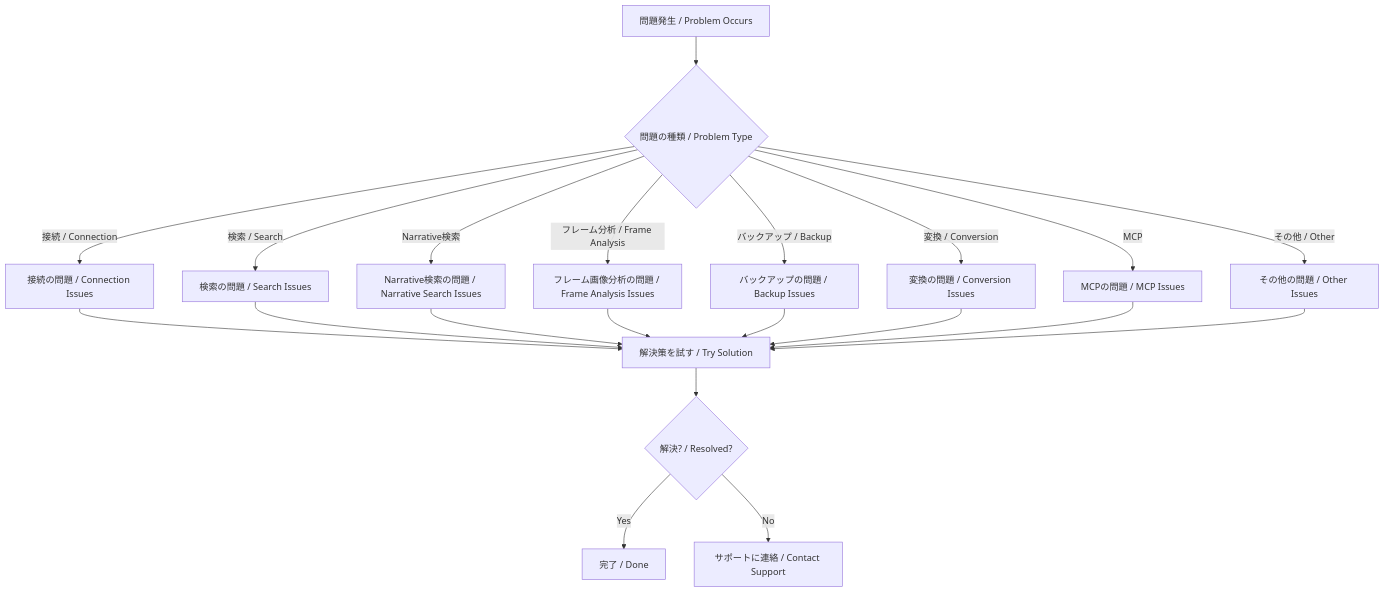
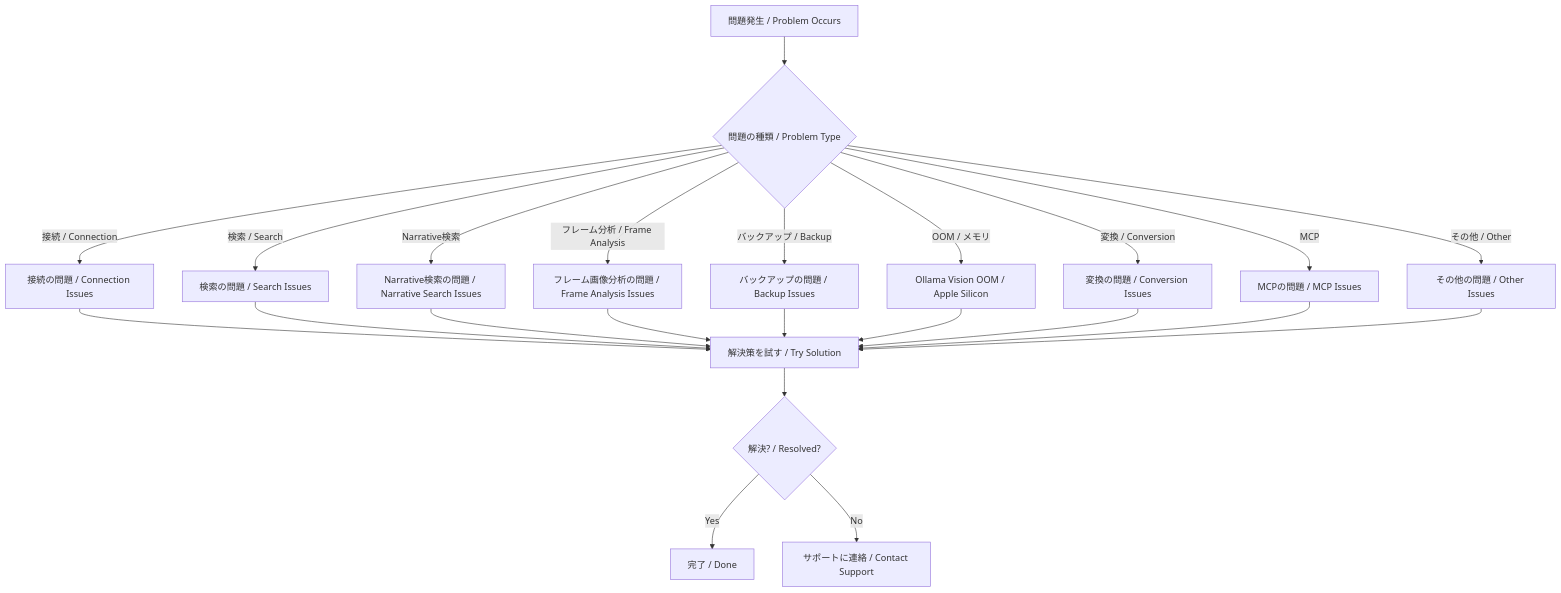
One commit to TKMD/ReftrixMCP changed the first of 3 diagrams in docs/users-guide/04-troubleshooting.md. Above: the diagram before and after it, drawn with Mermaid. The commit also changed other lines of this file and 16 other files, not shown here.

````diff
--- a/docs/users-guide/04-troubleshooting.md
+++ b/docs/users-guide/04-troubleshooting.md
@@ -14,25 +14,27 @@
 ```mermaid
 flowchart TD
     A[問題発生 / Problem Occurs] --> B{問題の種類 / Problem Type}
     B -->|接続 / Connection| C[接続の問題 / Connection Issues]
     B -->|検索 / Search| D[検索の問題 / Search Issues]
     B -->|変換 / Conversion| E[変換の問題 / Conversion Issues]
     B -->|MCP| F[MCPの問題 / MCP Issues]
     B -->|Narrative検索| D2[Narrative検索の問題 / Narrative Search Issues]
     B -->|フレーム分析 / Frame Analysis| D3[フレーム画像分析の問題 / Frame Analysis Issues]
     B -->|バックアップ / Backup| D4[バックアップの問題 / Backup Issues]
+    B -->|OOM / メモリ| D5[Ollama Vision OOM / Apple Silicon]
     B -->|その他 / Other| G[その他の問題 / Other Issues]
 
     C --> H[解決策を試す / Try Solution]
     D --> H
     D2 --> H
     D3 --> H
     D4 --> H
+    D5 --> H
     E --> H
     F --> H
     G --> H
 
     H --> I{解決? / Resolved?}
     I -->|Yes| J[完了 / Done]
     I -->|No| K[サポートに連絡 / Contact Support]
 ```
````
